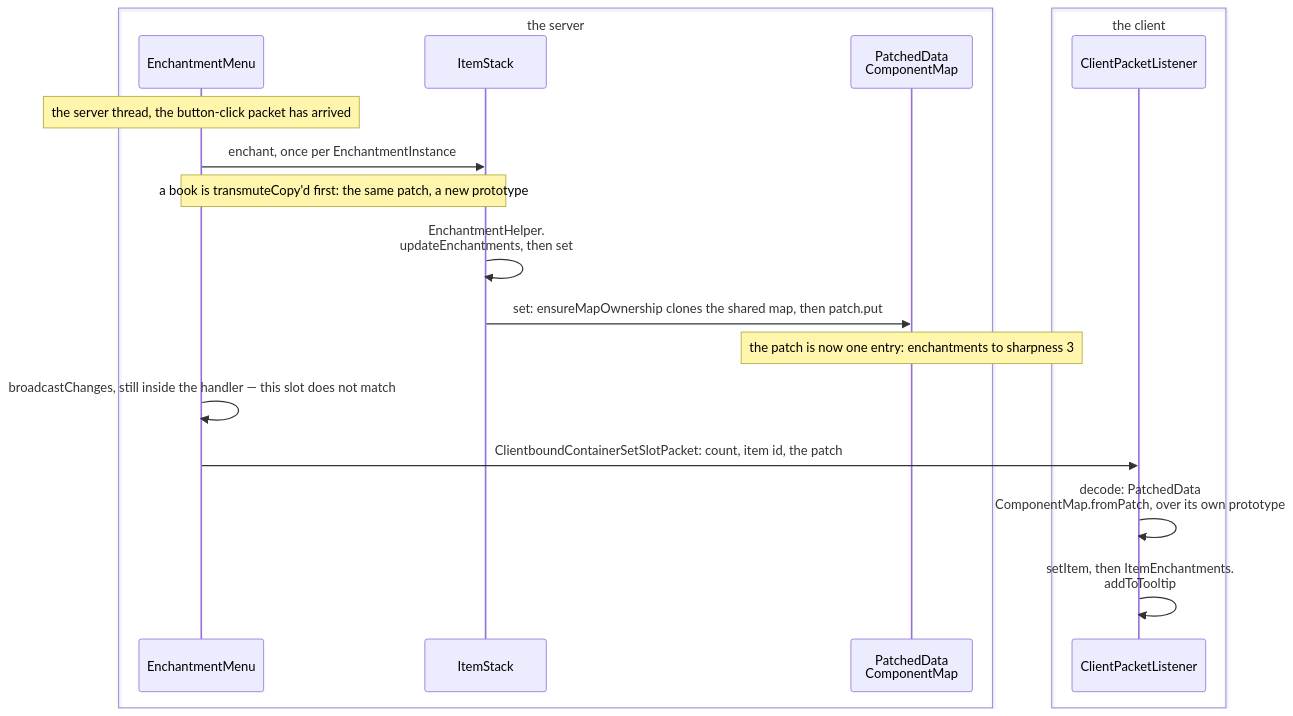
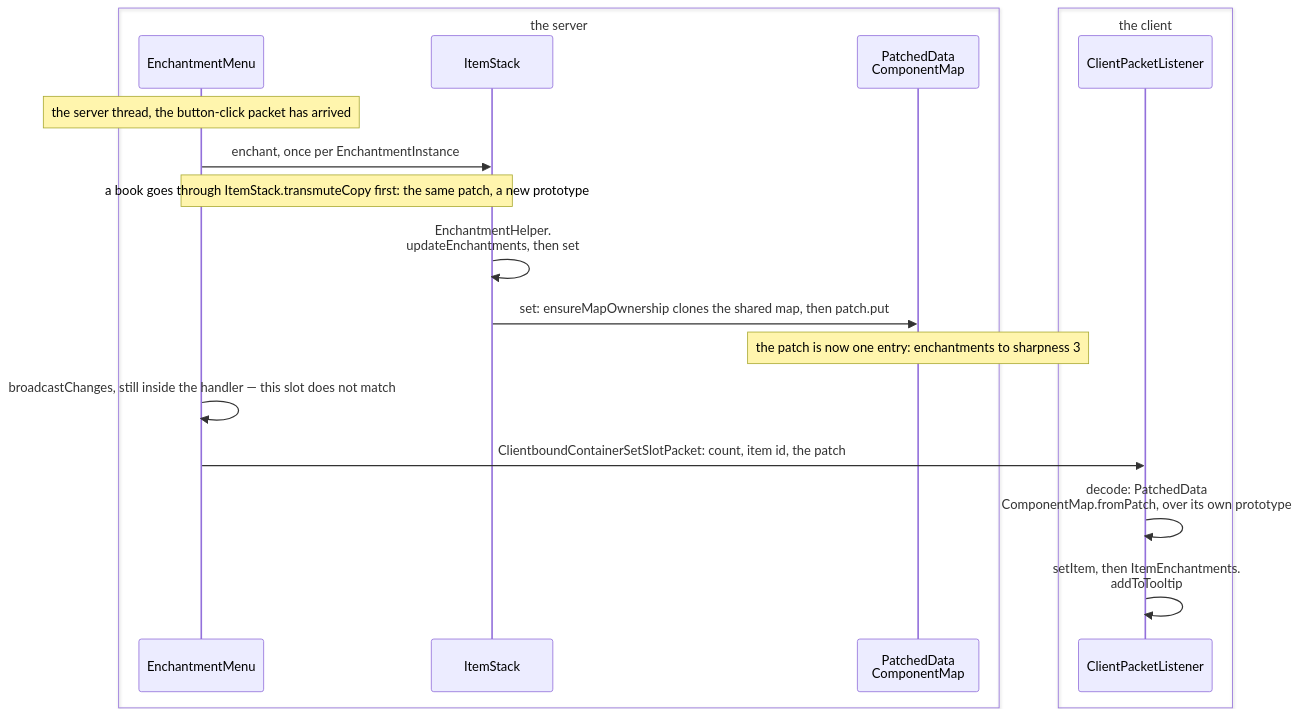
Before and after one commit to AlexanderjFraser/MinecraftDocs: the second of 2 diagrams in src/systems/foundations/data-components.md, drawn with Mermaid. The commit also changed 55 other files, not shown here.

First line of the commit message:
pass 7, session O — the close, before K: the figure gate strict, the landing figures read as one set, and one strike in thirty not borne out

````diff
--- a/src/systems/foundations/data-components.md
+++ b/src/systems/foundations/data-components.md
@@ -302,22 +302,22 @@
 ```mermaid
 sequenceDiagram
     box transparent the server
     participant EM as EnchantmentMenu
     participant IStack as ItemStack
     participant PDM as PatchedData<br/>ComponentMap
     end
     box transparent the client
     participant CPL as ClientPacketListener
     end
 
     Note over EM: the server thread, the button-click packet has arrived
     EM->>IStack: enchant, once per EnchantmentInstance
-    Note over EM,IStack: a book is transmuteCopy'd first: the same patch, a new prototype
+    Note over EM,IStack: a book goes through ItemStack.transmuteCopy first: the same patch, a new prototype
     IStack->>IStack: EnchantmentHelper.<br/>updateEnchantments, then set
     IStack->>PDM: set: ensureMapOwnership clones the shared map, then patch.put
     Note over PDM: the patch is now one entry: enchantments to sharpness 3
     EM->>EM: broadcastChanges, still inside the handler — this slot does not match
     EM->>CPL: ClientboundContainerSetSlotPacket: count, item id, the patch
     CPL->>CPL: decode: PatchedData<br/>ComponentMap.fromPatch, over its own prototype
     CPL->>CPL: setItem, then ItemEnchantments.<br/>addToTooltip
 ```
````
